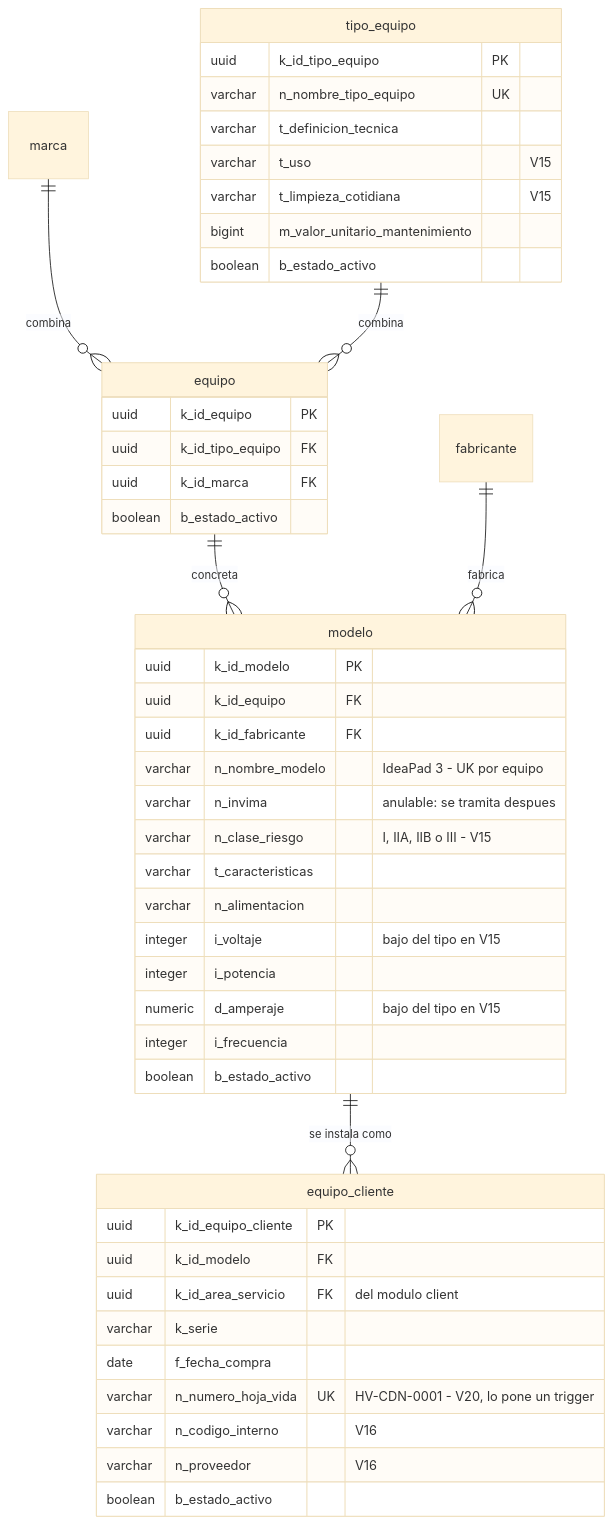
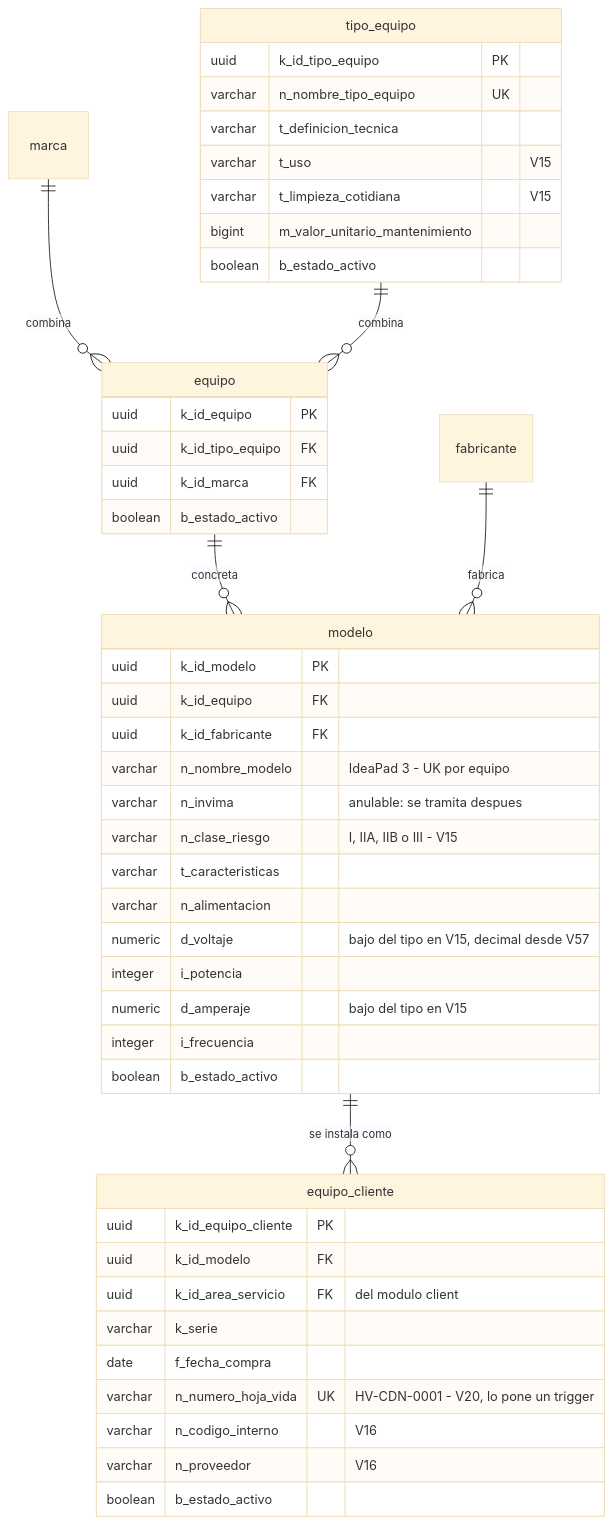
Before and after one commit to SeanBol222/MalphasOs: the seventh of 12 diagrams in SecondBrain/wiki/base-de-datos/esquema-bd-malphasos.md, drawn with Mermaid (base theme). The commit also changed other lines of this file and 3 other files, not shown here.

````diff
--- a/SecondBrain/wiki/base-de-datos/esquema-bd-malphasos.md
+++ b/SecondBrain/wiki/base-de-datos/esquema-bd-malphasos.md
@@ -530,49 +530,49 @@
 ```mermaid
 erDiagram
     marca ||--o{ equipo : "combina"
     tipo_equipo ||--o{ equipo : "combina"
     equipo ||--o{ modelo : "concreta"
     fabricante ||--o{ modelo : "fabrica"
     modelo ||--o{ equipo_cliente : "se instala como"
     tipo_equipo {
         uuid k_id_tipo_equipo PK
         varchar n_nombre_tipo_equipo UK
         varchar t_definicion_tecnica
         varchar t_uso "V15"
         varchar t_limpieza_cotidiana "V15"
         bigint m_valor_unitario_mantenimiento
         boolean b_estado_activo
     }
     equipo {
         uuid k_id_equipo PK
         uuid k_id_tipo_equipo FK
         uuid k_id_marca FK
         boolean b_estado_activo
     }
     modelo {
         uuid k_id_modelo PK
         uuid k_id_equipo FK
         uuid k_id_fabricante FK
         varchar n_nombre_modelo "IdeaPad 3 - UK por equipo"
         varchar n_invima "anulable: se tramita despues"
         varchar n_clase_riesgo "I, IIA, IIB o III - V15"
         varchar t_caracteristicas
         varchar n_alimentacion
-        integer i_voltaje "bajo del tipo en V15"
+        numeric d_voltaje "bajo del tipo en V15, decimal desde V57"
         integer i_potencia
         numeric d_amperaje "bajo del tipo en V15"
         integer i_frecuencia
         boolean b_estado_activo
     }
     equipo_cliente {
         uuid k_id_equipo_cliente PK
         uuid k_id_modelo FK
         uuid k_id_area_servicio FK "del modulo client"
         varchar k_serie
         date f_fecha_compra
         varchar n_numero_hoja_vida UK "HV-CDN-0001 - V20, lo pone un trigger"
         varchar n_codigo_interno "V16"
         varchar n_proveedor "V16"
         boolean b_estado_activo
     }
 ```
````
